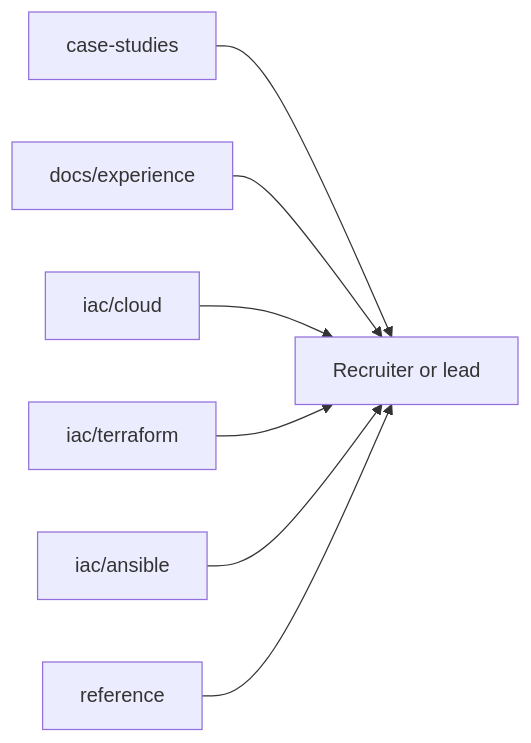
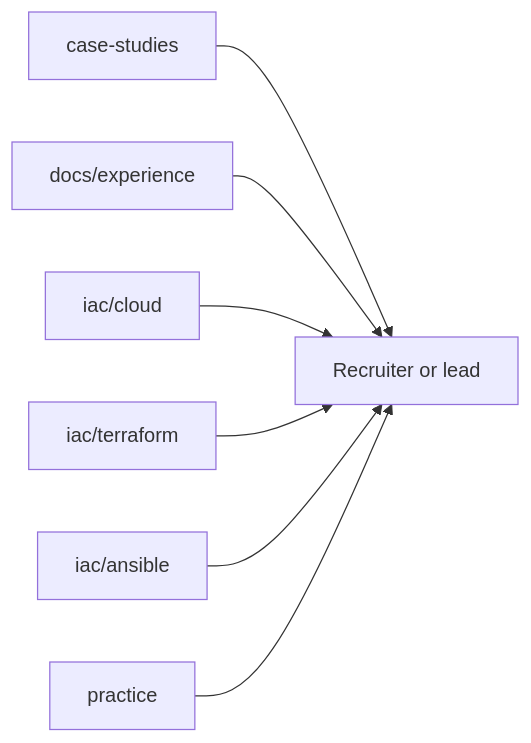
The fourth of 4 diagrams in README.md (NarberallGamma/narberall-platform-engineer-lab), drawn with Mermaid before and after one commit. The commit also changed other lines of this file and 399 other files, not shown here.

````diff
--- a/README.md
+++ b/README.md
@@ -323,9 +327,9 @@
 ```mermaid
 flowchart LR
   CS[case-studies] --> Hire[Recruiter or lead]
   EXP[docs/experience] --> Hire
   Cloud[iac/cloud] --> Hire
   TF[iac/terraform] --> Hire
   ANS[iac/ansible] --> Hire
-  REF[reference] --> Hire
+  PRAC[practice] --> Hire
 ```
````
